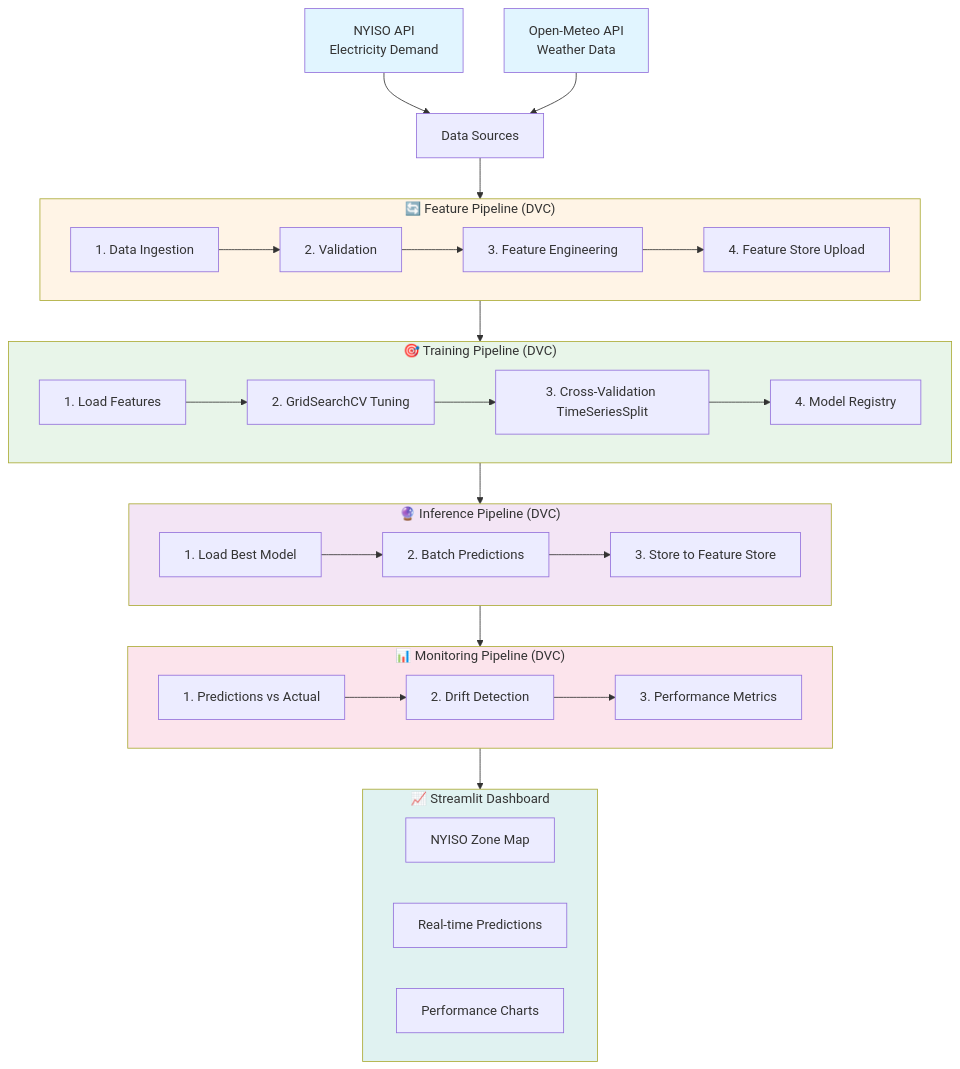
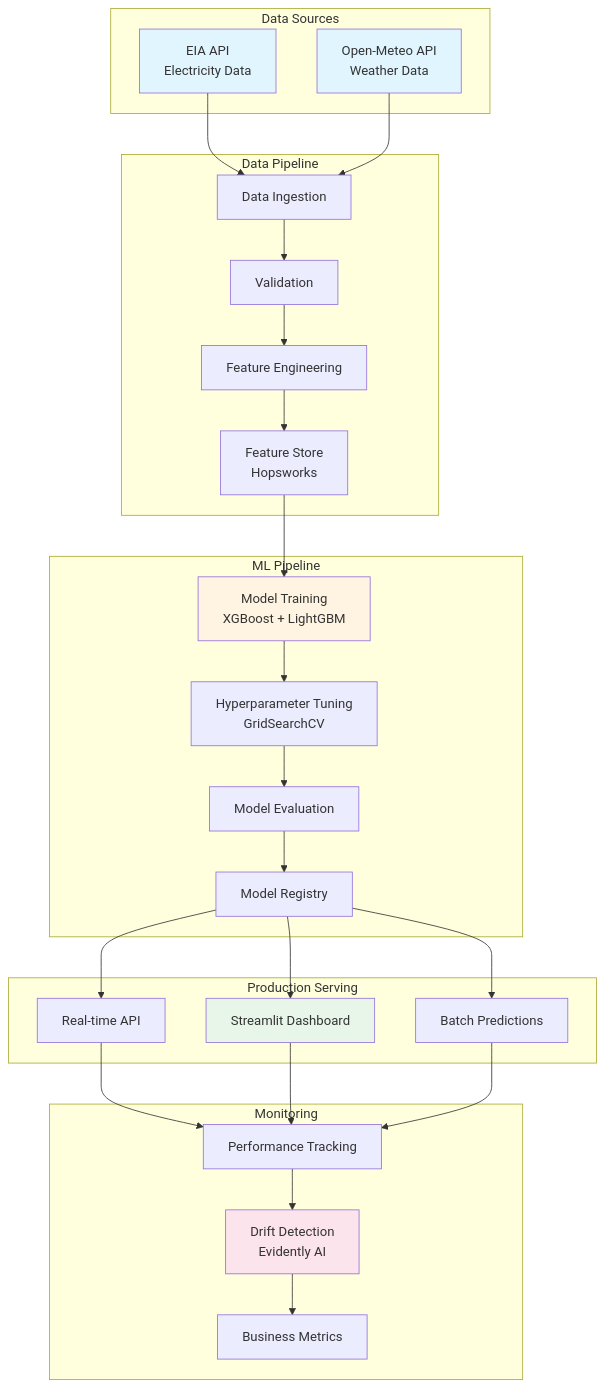
The first of 4 diagrams in README.md (JavithNaseem-J/WattPredictor), drawn with Mermaid before and after one commit. The commit also changed other lines of this file and 6 other files, not shown here.

````diff
--- a/README.md
+++ b/README.md
@@ -26,51 +43,52 @@
 ```mermaid
-flowchart TD
-    A1[NYISO API<br/>Electricity Demand] --> C[Data Sources]
-    A2[Open-Meteo API<br/>Weather Data] --> C
-    
-    C --> D[Feature Pipeline]
-    
-    subgraph D["🔄 Feature Pipeline (DVC)"]
-        D1[1. Data Ingestion] --> D2[2. Validation]
-        D2 --> D3[3. Feature Engineering]
-        D3 --> D4[4. Feature Store Upload]
+graph TB
+    subgraph "Data Sources"
+        A1[EIA API<br/>Electricity Data]
+        A2[Open-Meteo API<br/>Weather Data]
     end
     
-    D --> E[Training Pipeline]
-    
-    subgraph E["🎯 Training Pipeline (DVC)"]
-        E1[1. Load Features] --> E2[2. GridSearchCV Tuning]
-        E2 --> E3[3. Cross-Validation TimeSeriesSplit]
-        E3 --> E4[4. Model Registry]
+    subgraph "Data Pipeline"
+        B1[Data Ingestion]
+        B2[Validation]
+        B3[Feature Engineering]
+        B4[Feature Store<br/>Hopsworks]
     end
     
-    E --> F[Inference Pipeline]
-    
-    subgraph F["🔮 Inference Pipeline (DVC)"]
-        F1[1. Load Best Model] --> F2[2. Batch Predictions]
-        F2 --> F3[3. Store to Feature Store]
+    subgraph "ML Pipeline"
+        C1[Model Training<br/>XGBoost + LightGBM]
+        C2[Hyperparameter Tuning<br/>GridSearchCV]
+        C3[Model Evaluation]
+        C4[Model Registry]
     end
     
-    F --> G[Monitoring Pipeline]
-    
-    subgraph G["📊 Monitoring Pipeline (DVC)"]
-        G1[1. Predictions vs Actual] --> G2[2. Drift Detection]
-        G2 --> G3[3. Performance Metrics]
+    subgraph "Production Serving"
+        D1[Real-time API]
+        D2[Streamlit Dashboard]
+        D3[Batch Predictions]
     end
     
-    G --> H[Output & Visualization]
+    subgraph "Monitoring"
+        E1[Performance Tracking]
+        E2[Drift Detection<br/>Evidently AI]
+        E3[Business Metrics]
+    end
     
-    subgraph H["📈 Streamlit Dashboard"]
-        H1[NYISO Zone Map]
-        H2[Real-time Predictions]
-        H3[Performance Charts]
-    end
+    A1 & A2 --> B1
+    B1 --> B2
+    B2 --> B3
+    B3 --> B4
+    B4 --> C1
+    C1 --> C2
+    C2 --> C3
+    C3 --> C4
+    C4 --> D1 & D2 & D3
+    D1 & D2 & D3 --> E1
+    E1 --> E2
+    E2 --> E3
     
     style A1 fill:#e1f5ff
     style A2 fill:#e1f5ff
-    style D fill:#fff4e6
-    style E fill:#e8f5e9
-    style F fill:#f3e5f5
-    style G fill:#fce4ec
-    style H fill:#e0f2f1
+    style C1 fill:#fff4e1
+    style D2 fill:#e8f5e9
+    style E2 fill:#fce4ec
 ```
````
